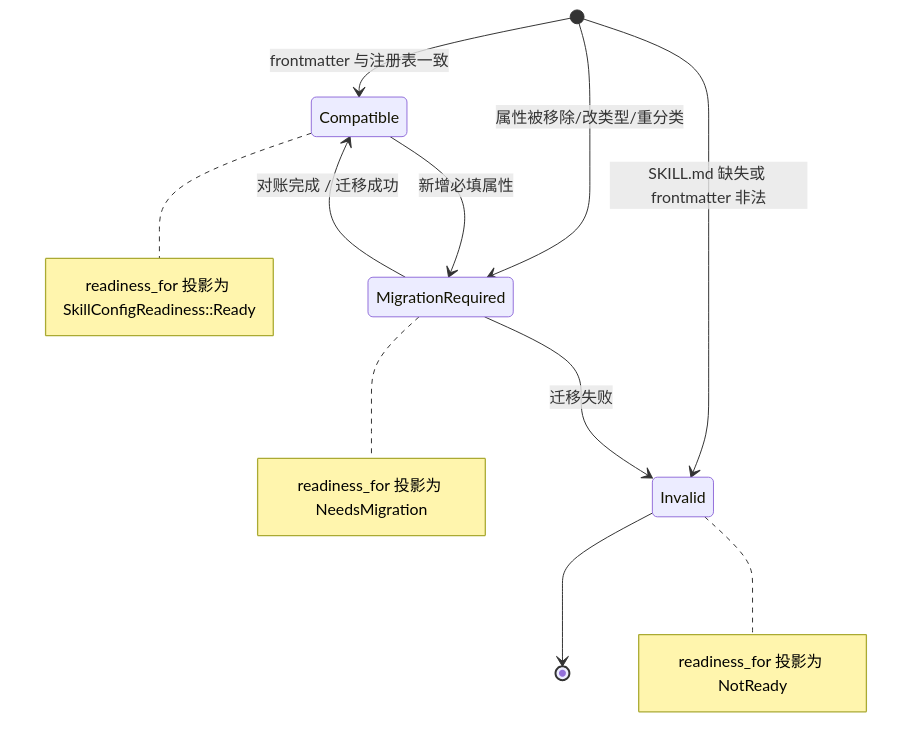
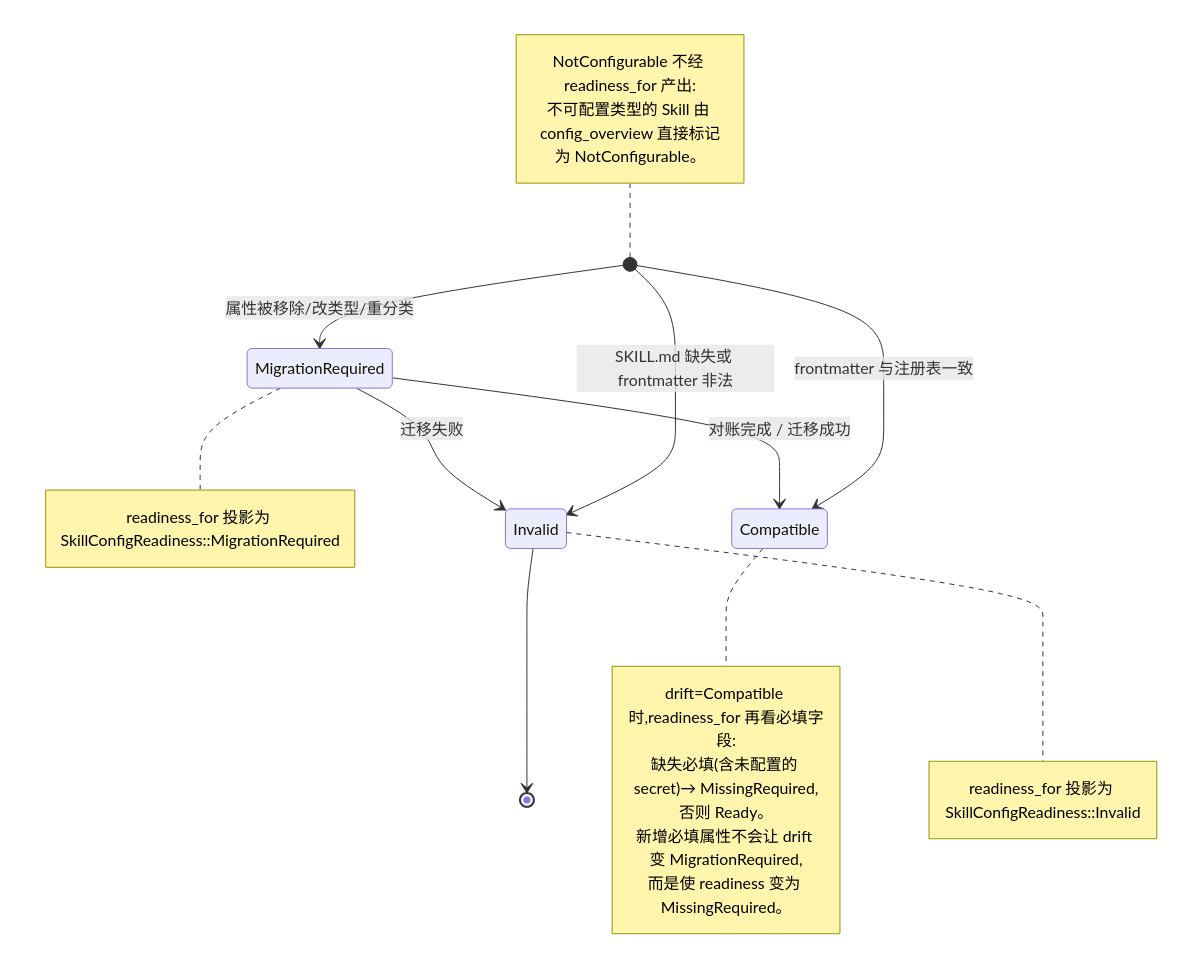
Before and after one commit to cdavid817/vanehub-ai: the diagram in docs/developer-guide/zh-CN/src/skill-management.md, drawn with Mermaid. The commit also changed other lines of this file and 11 other files, not shown here.

````diff
--- a/docs/developer-guide/zh-CN/src/skill-management.md
+++ b/docs/developer-guide/zh-CN/src/skill-management.md
@@ -22,21 +22,28 @@
 ```mermaid
 stateDiagram-v2
     [*] --> Compatible: frontmatter 与注册表一致
     [*] --> MigrationRequired: 属性被移除/改类型/重分类
     [*] --> Invalid: SKILL.md 缺失或 frontmatter 非法
 
-    Compatible --> MigrationRequired: 新增必填属性
     MigrationRequired --> Compatible: 对账完成 / 迁移成功
     MigrationRequired --> Invalid: 迁移失败
     Invalid --> [*]
 
     note right of Compatible
-        readiness_for 投影为 SkillConfigReadiness::Ready
+        drift=Compatible 时,readiness_for 再看必填字段:
+        缺失必填(含未配置的 secret)→ MissingRequired,否则 Ready。
+        新增必填属性不会让 drift 变 MigrationRequired,
+        而是使 readiness 变为 MissingRequired。
     end note
     note right of MigrationRequired
-        readiness_for 投影为 NeedsMigration
+        readiness_for 投影为 SkillConfigReadiness::MigrationRequired
     end note
     note right of Invalid
-        readiness_for 投影为 NotReady
+        readiness_for 投影为 SkillConfigReadiness::Invalid
+    end note
+
+    note left of [*]
+        NotConfigurable 不经 readiness_for 产出:
+        不可配置类型的 Skill 由 config_overview 直接标记为 NotConfigurable。
     end note
 ```
````
